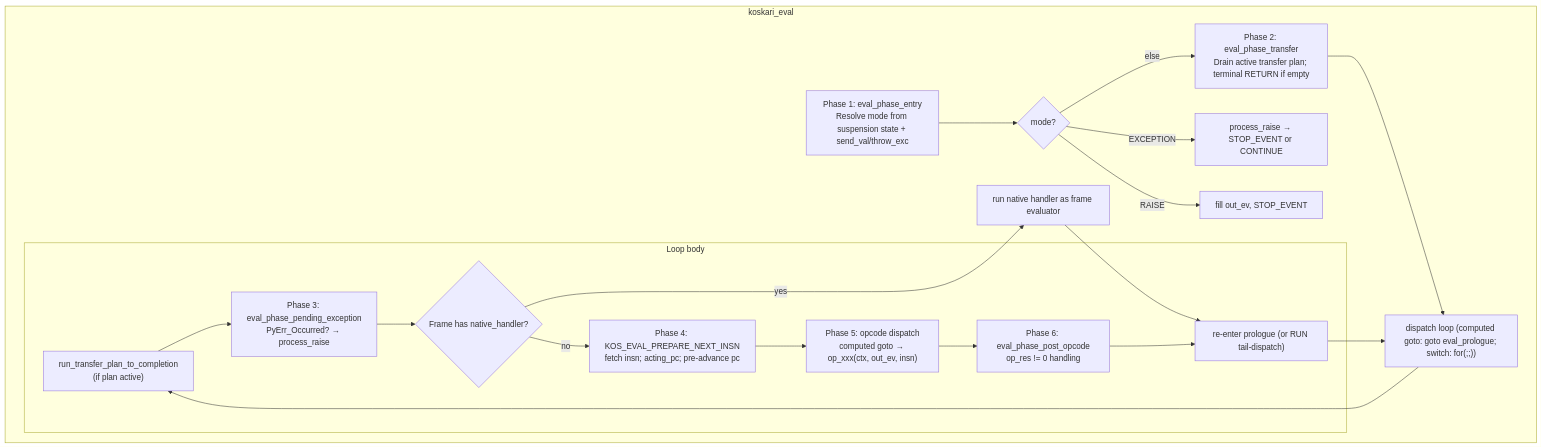
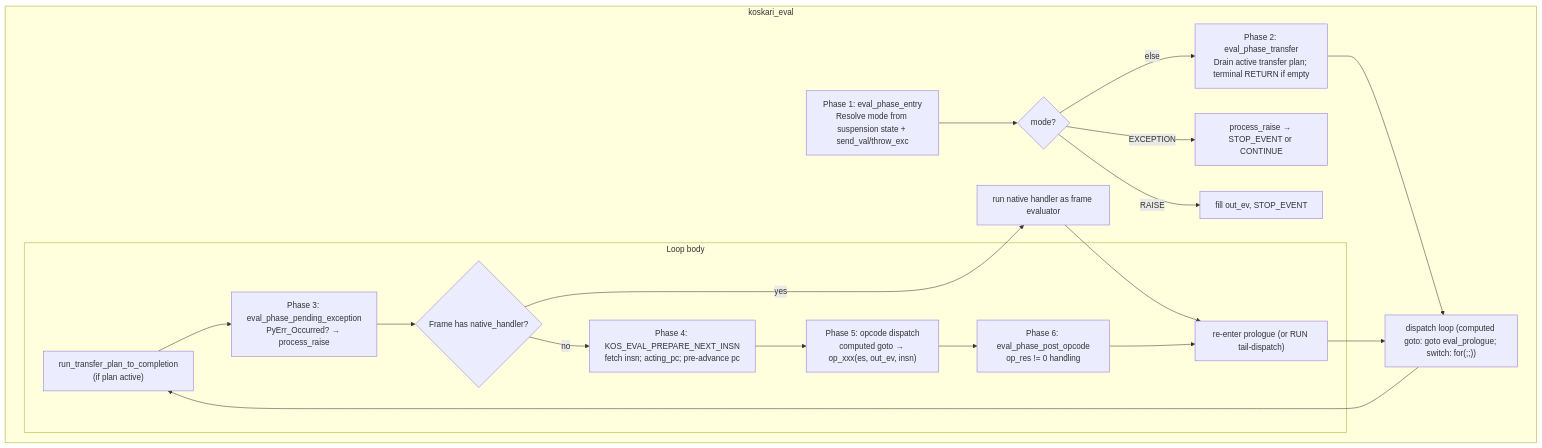
Before and after one commit to koskari-lang/koskari: the first of 10 diagrams in design/EVALUATOR.md, drawn with Mermaid. The commit also changed other lines of this file and 30 other files, not shown here.

````diff
--- a/design/EVALUATOR.md
+++ b/design/EVALUATOR.md
@@ -26,31 +28,31 @@
 ```mermaid
 flowchart TD
     subgraph koskari_eval["koskari_eval"]
         P1["Phase 1: eval_phase_entry<br/>Resolve mode from suspension state + send_val/throw_exc"]
         mode_check{"mode?"}
         P2["Phase 2: eval_phase_transfer<br/>Drain active transfer plan; terminal RETURN if empty"]
         loop_start["dispatch loop (computed goto: goto eval_prologue; switch: for(;;))"]
 
         subgraph loop["Loop body"]
             Xfer["run_transfer_plan_to_completion<br/>(if plan active)"]
             P3["Phase 3: eval_phase_pending_exception<br/>PyErr_Occurred? → process_raise"]
             Native{"Frame has native_handler?"}
             P4["Phase 4: KOS_EVAL_PREPARE_NEXT_INSN<br>fetch insn; acting_pc; pre-advance pc"]
-            P5["Phase 5: opcode dispatch<br/>computed goto → op_xxx(ctx, out_ev, insn)"]
+            P5["Phase 5: opcode dispatch<br/>computed goto → op_xxx(es, out_ev, insn)"]
             P6["Phase 6: eval_phase_post_opcode<br>op_res != 0 handling"]
             next["re-enter prologue (or RUN tail-dispatch)"]
         end
 
         P1 --> mode_check
         mode_check -->|"EXCEPTION"| process_raise_1["process_raise → STOP_EVENT or CONTINUE"]
         mode_check -->|"RAISE"| fill_out_ev["fill out_ev, STOP_EVENT"]
         mode_check -->|"else"| P2
         P2 --> loop_start
         loop_start --> Xfer --> P3 --> Native
         Native -->|yes| run_native["run native handler as frame evaluator"]
         Native -->|no| P4
         run_native --> next
         P4 --> P5 --> P6 --> next
         next --> loop_start
     end
 ```
````
